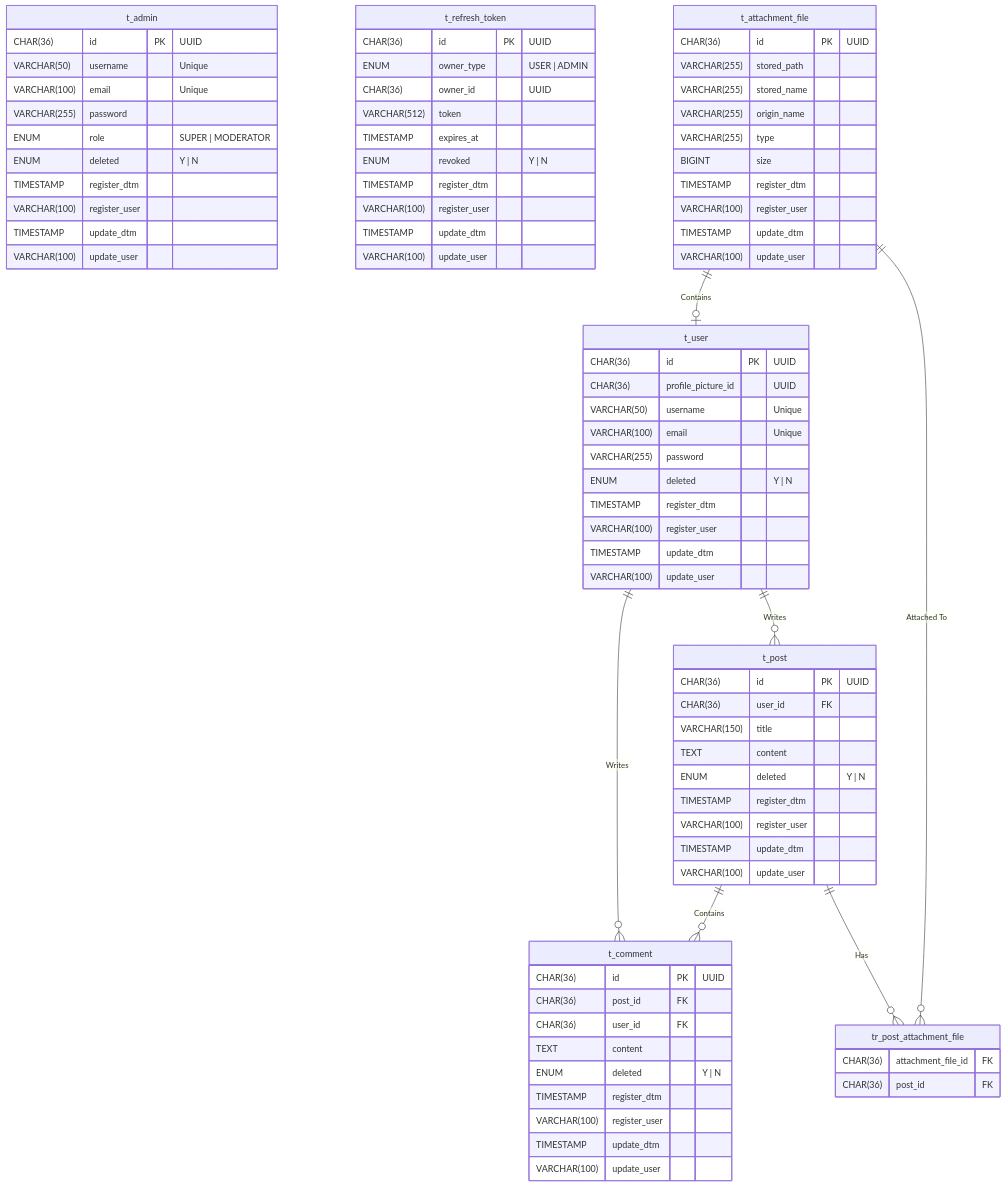
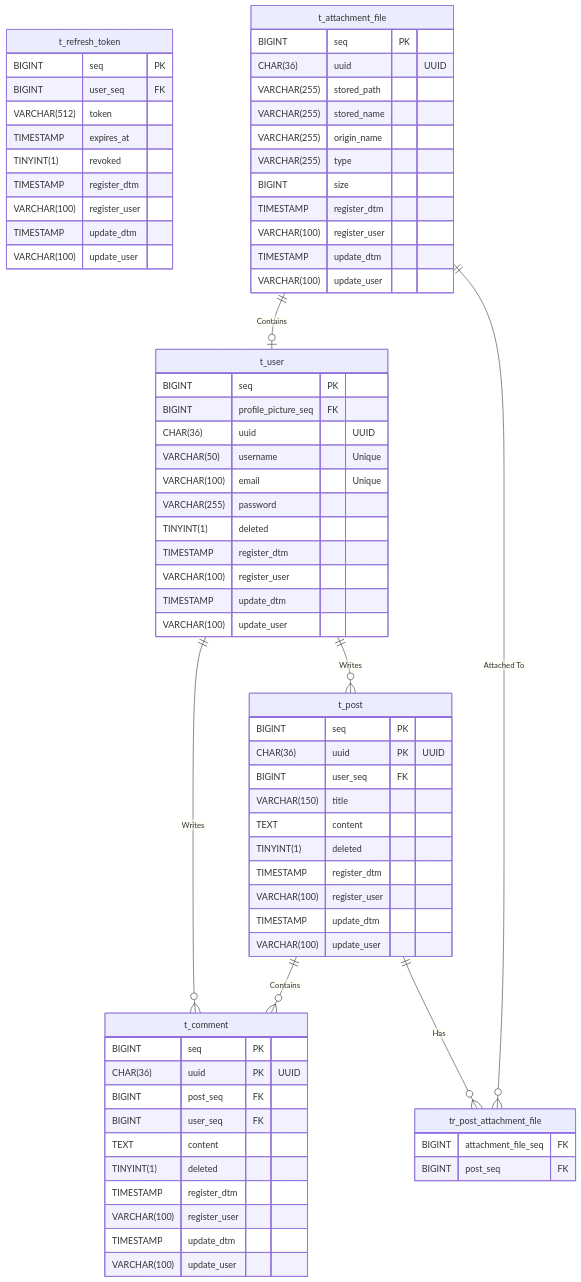
Before and after one commit to MarshmallowShadow/marsh-sql: the diagram in ERD.md, drawn with Mermaid. The commit also changed 1 other file, not shown here.

Commit message:
Fix: ERD 구조 수정 (ID INT로 구성, 필요한 것들만 UUID 추가)

```diff
--- a/ERD.md
+++ b/ERD.md
@@ -2,25 +2,13 @@
 erDiagram
 
   t_user {
-    CHAR(36) id PK "UUID"
-    CHAR(36) profile_picture_id "UUID"
+    BIGINT seq PK
+    BIGINT profile_picture_seq FK
+    CHAR(36) uuid "UUID"
     VARCHAR(50) username "Unique"
     VARCHAR(100) email "Unique"
     VARCHAR(255) password
-    ENUM deleted "Y | N"
-    TIMESTAMP register_dtm
-    VARCHAR(100) register_user
-    TIMESTAMP update_dtm
-    VARCHAR(100) update_user
-  }
-
-  t_admin {
-    CHAR(36) id PK "UUID"
-    VARCHAR(50) username "Unique"
-    VARCHAR(100) email "Unique"
-    VARCHAR(255) password
-    ENUM role "SUPER | MODERATOR"
-    ENUM deleted "Y | N"
+    TINYINT(1) deleted
     TIMESTAMP register_dtm
     VARCHAR(100) register_user
     TIMESTAMP update_dtm
@@ -28,12 +16,11 @@
   }
 
   t_refresh_token {
-    CHAR(36) id PK "UUID"
-    ENUM owner_type "USER | ADMIN"
-    CHAR(36) owner_id "UUID"
+    BIGINT seq PK
+    BIGINT user_seq FK
     VARCHAR(512) token
     TIMESTAMP expires_at
-    ENUM revoked "Y | N"
+    TINYINT(1) revoked
     TIMESTAMP register_dtm
     VARCHAR(100) register_user
     TIMESTAMP update_dtm
@@ -41,7 +28,8 @@
   }
 
   t_attachment_file {
-    CHAR(36) id PK "UUID"
+    BIGINT seq PK
+    CHAR(36) uuid "UUID"
     VARCHAR(255) stored_path
     VARCHAR(255) stored_name
     VARCHAR(255) origin_name
@@ -54,11 +42,12 @@
   }
 
   t_post {
-    CHAR(36) id PK "UUID"
-    CHAR(36) user_id FK
+    BIGINT seq PK
+    CHAR(36) uuid PK "UUID"
+    BIGINT user_seq FK
     VARCHAR(150) title
     TEXT content
-    ENUM deleted "Y | N"
+    TINYINT(1) deleted
     TIMESTAMP register_dtm
     VARCHAR(100) register_user
     TIMESTAMP update_dtm
@@ -66,11 +55,12 @@
   }
 
   t_comment {
-    CHAR(36) id PK "UUID"
-    CHAR(36) post_id FK
-    CHAR(36) user_id FK
+    BIGINT seq PK
+    CHAR(36) uuid PK "UUID"
+    BIGINT post_seq FK
+    BIGINT user_seq FK
     TEXT content
-    ENUM deleted "Y | N"
+    TINYINT(1) deleted
     TIMESTAMP register_dtm
     VARCHAR(100) register_user
     TIMESTAMP update_dtm
@@ -78,8 +68,8 @@
   }
 
   tr_post_attachment_file {
-    CHAR(36) attachment_file_id FK
-    CHAR(36) post_id FK
+    BIGINT attachment_file_seq FK
+    BIGINT post_seq FK
   }
 
   t_attachment_file ||--o| t_user : "Contains"
```
